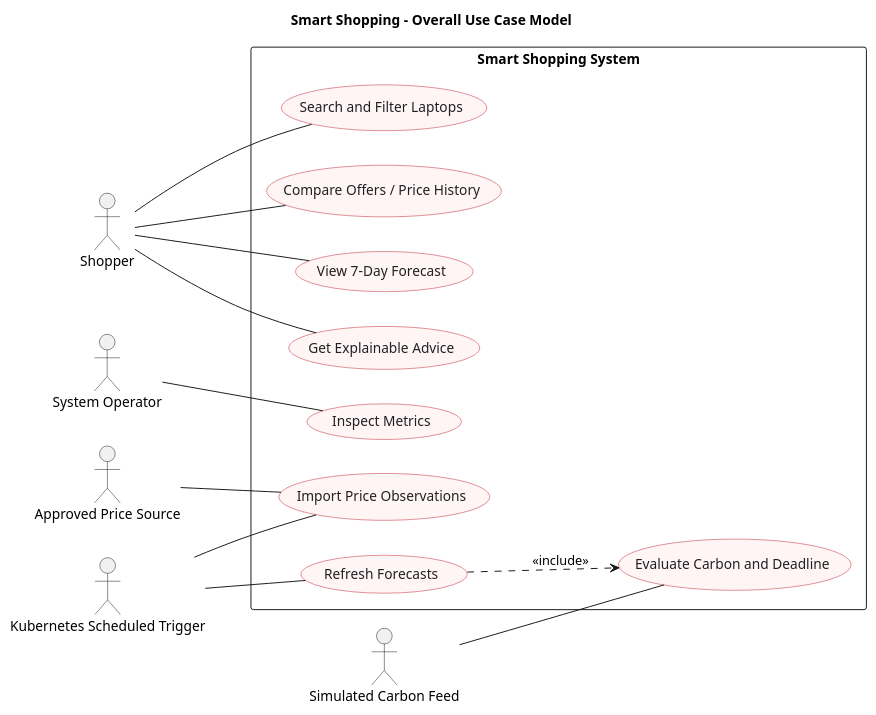
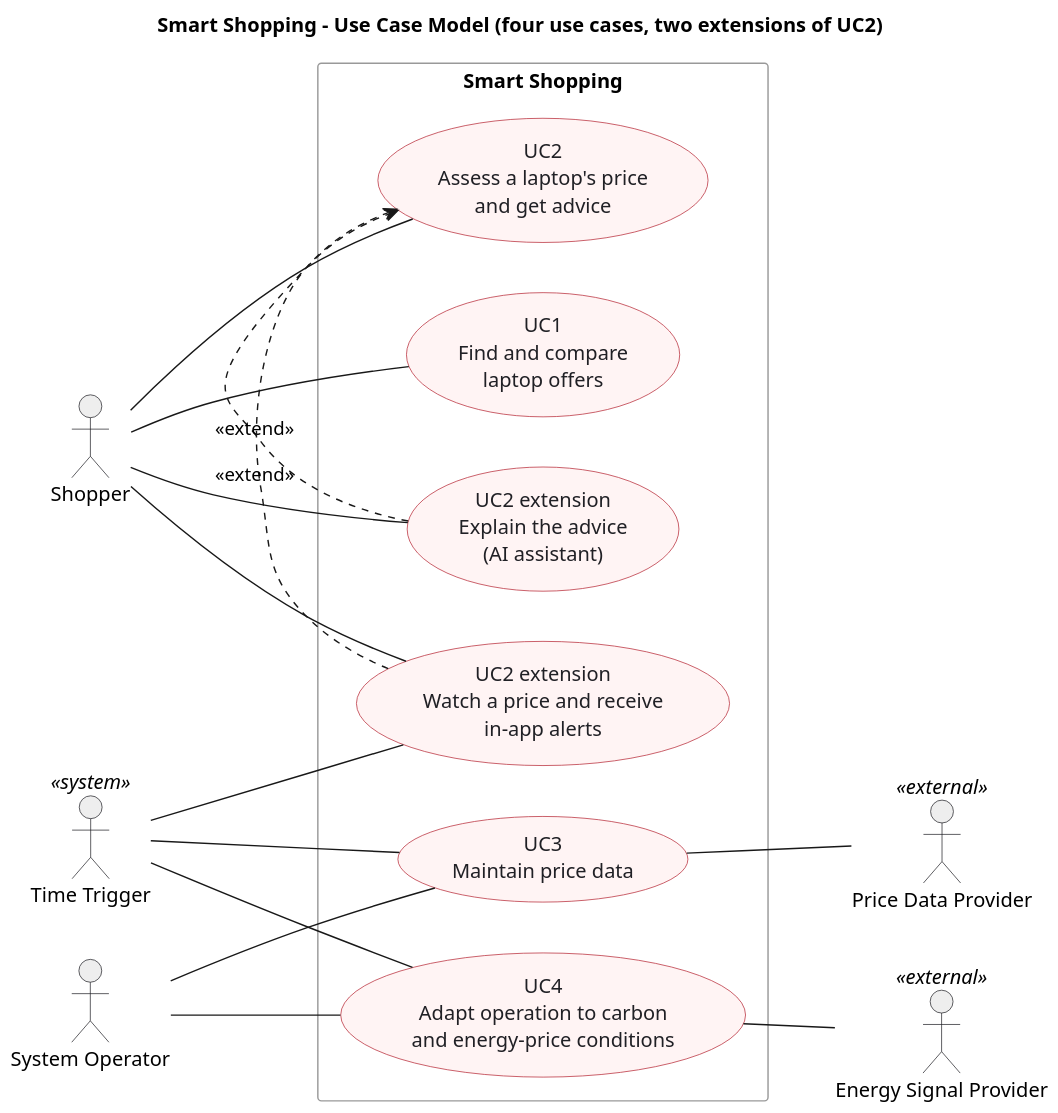
The diagram in docs/diagrams/use-case.puml (anchelesr/AACC-Smart-Shopping), drawn with PlantUML before and after one commit. The commit also changed 143 other files, not shown here.

```diff
--- a/docs/diagrams/use-case.puml
+++ b/docs/diagrams/use-case.puml
@@ -1,34 +1,46 @@
 @startuml
+title Smart Shopping - Use Case Model (four use cases, two extensions of UC2)
 left to right direction
 skinparam shadowing false
 skinparam backgroundColor white
-skinparam usecaseBackgroundColor #FFF5F5
-skinparam usecaseBorderColor #BE2432
+skinparam dpi 140
+skinparam usecaseBackgroundColor #FFF4F4
+skinparam usecaseBorderColor #B52330
 skinparam usecaseFontColor #202025
-title Smart Shopping - Overall Use Case Model
+skinparam actorBackgroundColor #EEEEEE
+skinparam actorBorderColor #202025
+skinparam rectangleBorderColor #999999
+skinparam LegendBackgroundColor #FAF5F5
+skinparam LegendBorderColor #B52330
+
 actor Shopper
 actor "System Operator" as Operator
-actor "Kubernetes Scheduled Trigger" as Tick
-actor "Approved Price Source" as Source
-actor "Simulated Carbon Feed" as Carbon
-rectangle "Smart Shopping System" {
-  usecase "Search and Filter Laptops" as Search
-  usecase "Compare Offers / Price History" as Compare
-  usecase "View 7-Day Forecast" as Forecast
-  usecase "Get Explainable Advice" as Advice
-  usecase "Import Price Observations" as Import
-  usecase "Refresh Forecasts" as Refresh
-  usecase "Evaluate Carbon and Deadline" as Policy
-  usecase "Inspect Metrics" as Metrics
+actor "Time Trigger" as Tick <<system>>
+
+rectangle "Smart Shopping" {
+  usecase "UC1\nFind and compare\nlaptop offers" as UC1
+  usecase "UC2\nAssess a laptop's price\nand get advice" as UC2
+  usecase "UC2 extension\nExplain the advice\n(AI assistant)" as UC2A
+  usecase "UC2 extension\nWatch a price and receive\nin-app alerts" as UC2W
+  usecase "UC3\nMaintain price data" as UC3
+  usecase "UC4\nAdapt operation to carbon\nand energy-price conditions" as UC4
 }
-Shopper -- Search
-Shopper -- Compare
-Shopper -- Forecast
-Shopper -- Advice
-Tick -- Import
-Tick -- Refresh
-Source -- Import
-Carbon -- Policy
-Operator -- Metrics
-Refresh ..> Policy : <<include>>
+
+actor "Price Data Provider" as Source <<external>>
+actor "Energy Signal Provider" as Carbon <<external>>
+
+Shopper -- UC1
+Shopper -- UC2
+Shopper -- UC2A
+Shopper -- UC2W
+UC2A .> UC2 : <<extend>>
+UC2W .> UC2 : <<extend>>
+Operator -- UC3
+Operator -- UC4
+Tick -- UC2W
+Tick -- UC3
+Tick -- UC4
+UC3 -- Source
+UC4 -- Carbon
+
 @enduml
```
